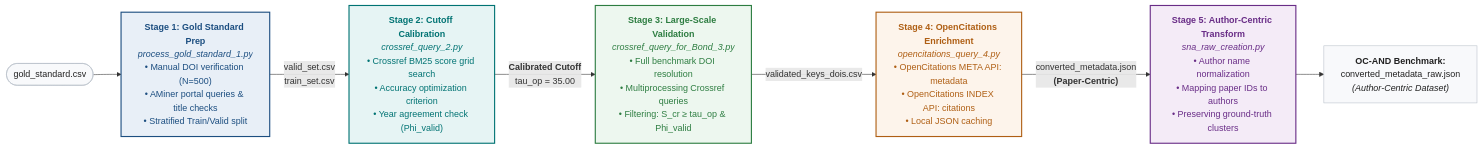
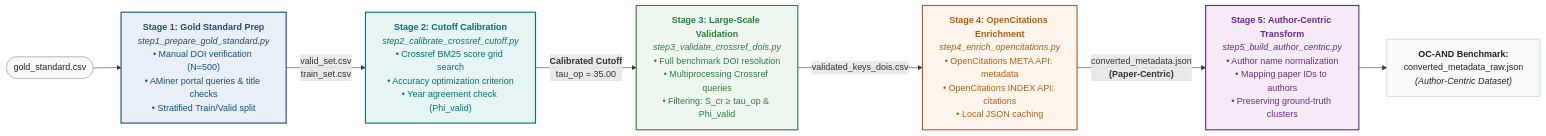
Before and after one commit to fra533/Bridge4AND: the diagram in README.md, drawn with Mermaid. The commit also changed other lines of this file, not shown here.

````diff
--- a/README.md
+++ b/README.md
@@ -5,36 +5,36 @@
 ```mermaid
 flowchart LR
     %% Palette colori coerente con TikZ
     classDef s1 fill:#e8eff7,stroke:#1c4e80,stroke-width:2px,color:#1c4e80;
     classDef s2 fill:#e6f4f4,stroke:#007373,stroke-width:2px,color:#007373;
     classDef s3 fill:#edf7ef,stroke:#2d7d41,stroke-width:2px,color:#2d7d41;
     classDef s4 fill:#fdf4eb,stroke:#af5f14,stroke-width:2px,color:#af5f14;
     classDef s5 fill:#f4ebf7,stroke:#692d87,stroke-width:2px,color:#692d87;
     classDef fileNode fill:#f8f9fb,stroke:#b9c0ca,stroke-width:1px,color:#222;
 
     %% Input iniziale
     IN(["gold_standard.csv"]):::fileNode --> S1
 
     %% Riga Superiore: Stage 1 -> Stage 2 -> Stage 3
-    S1["<b>Stage 1: Gold Standard Prep</b><br/><i>process_gold_standard_1.py</i><br/>• Manual DOI verification (N=500)<br/>• AMiner portal queries &amp; title checks<br/>• Stratified Train/Valid split"]:::s1
+    S1["<b>Stage 1: Gold Standard Prep</b><br/><i>step1_prepare_gold_standard.py</i><br/>• Manual DOI verification (N=500)<br/>• AMiner portal queries &amp; title checks<br/>• Stratified Train/Valid split"]:::s1
 
-    S2["<b>Stage 2: Cutoff Calibration</b><br/><i>crossref_query_2.py</i><br/>• Crossref BM25 score grid search<br/>• Accuracy optimization criterion<br/>• Year agreement check (Phi_valid)"]:::s2
+    S2["<b>Stage 2: Cutoff Calibration</b><br/><i>step2_calibrate_crossref_cutoff.py</i><br/>• Crossref BM25 score grid search<br/>• Accuracy optimization criterion<br/>• Year agreement check (Phi_valid)"]:::s2
 
-    S3["<b>Stage 3: Large-Scale Validation</b><br/><i>crossref_query_for_Bond_3.py</i><br/>• Full benchmark DOI resolution<br/>• Multiprocessing Crossref queries<br/>• Filtering: S_cr ≥ tau_op &amp; Phi_valid"]:::s3
+    S3["<b>Stage 3: Large-Scale Validation</b><br/><i>step3_validate_crossref_dois.py</i><br/>• Full benchmark DOI resolution<br/>• Multiprocessing Crossref queries<br/>• Filtering: S_cr ≥ tau_op &amp; Phi_valid"]:::s3
 
     S1 -->|"valid_set.csv<br/>train_set.csv"| S2
     S2 -->|"<b>Calibrated Cutoff</b><br/>tau_op = 35.00"| S3
 
     %% Discesa da Riga 1 a Riga 2
     S3 -->|"validated_keys_dois.csv"| S4
 
     %% Riga Inferiore: Stage 4 -> Stage 5 -> Output
-    S4["<b>Stage 4: OpenCitations Enrichment</b><br/><i>opencitations_query_4.py</i><br/>• OpenCitations META API: metadata<br/>• OpenCitations INDEX API: citations<br/>• Local JSON caching"]:::s4
+    S4["<b>Stage 4: OpenCitations Enrichment</b><br/><i>step4_enrich_opencitations.py</i><br/>• OpenCitations META API: metadata<br/>• OpenCitations INDEX API: citations<br/>• Local JSON caching"]:::s4
 
-    S5["<b>Stage 5: Author-Centric Transform</b><br/><i>sna_raw_creation.py</i><br/>• Author name normalization<br/>• Mapping paper IDs to authors<br/>• Preserving ground-truth clusters"]:::s5
+    S5["<b>Stage 5: Author-Centric Transform</b><br/><i>step5_build_author_centric.py</i><br/>• Author name normalization<br/>• Mapping paper IDs to authors<br/>• Preserving ground-truth clusters"]:::s5
 
     OUT["<b>OC-AND Benchmark:</b><br/>converted_metadata_raw.json<br/><i>(Author-Centric Dataset)</i>"]:::fileNode
 
     S4 -->|"converted_metadata.json<br/><b>(Paper-Centric)</b>"| S5
     S5 --> OUT
 ```
````
